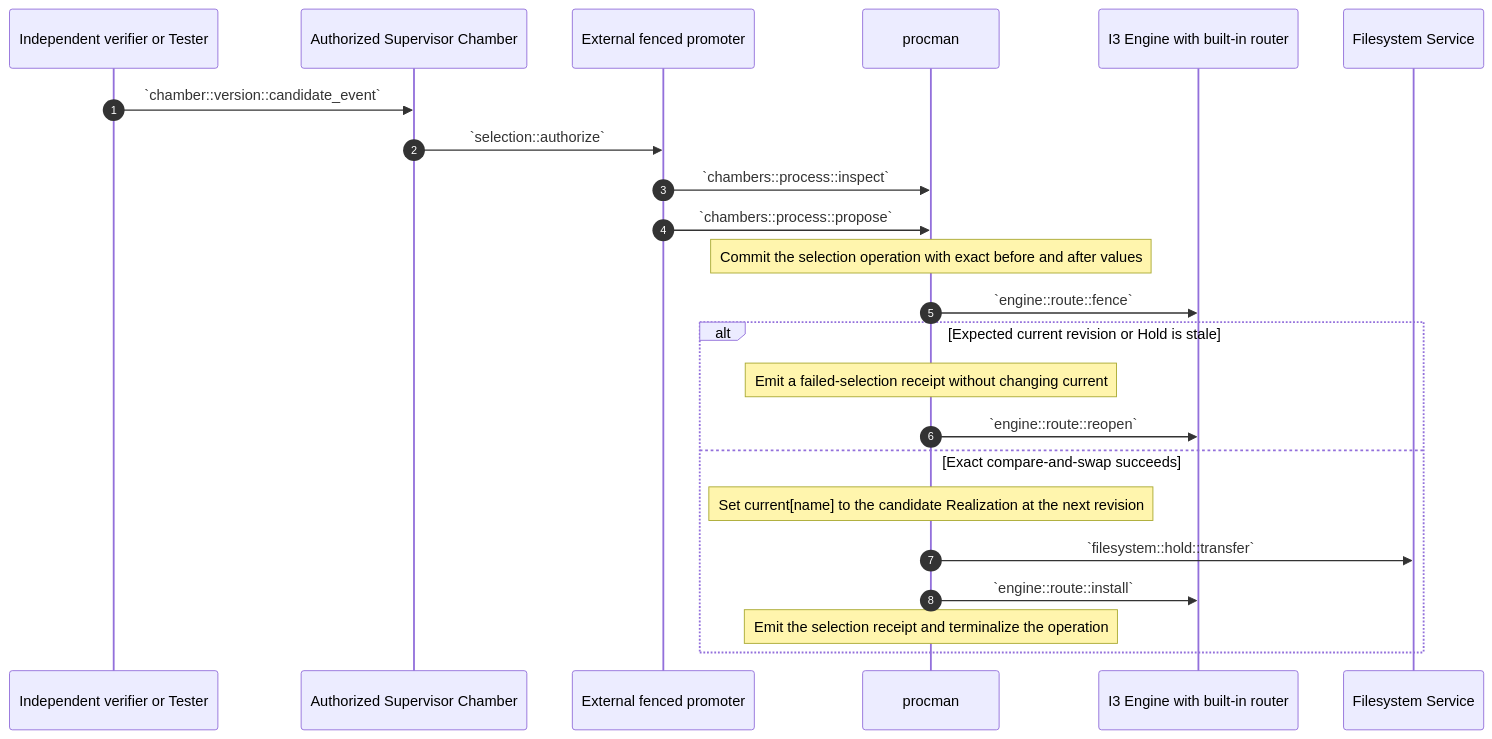
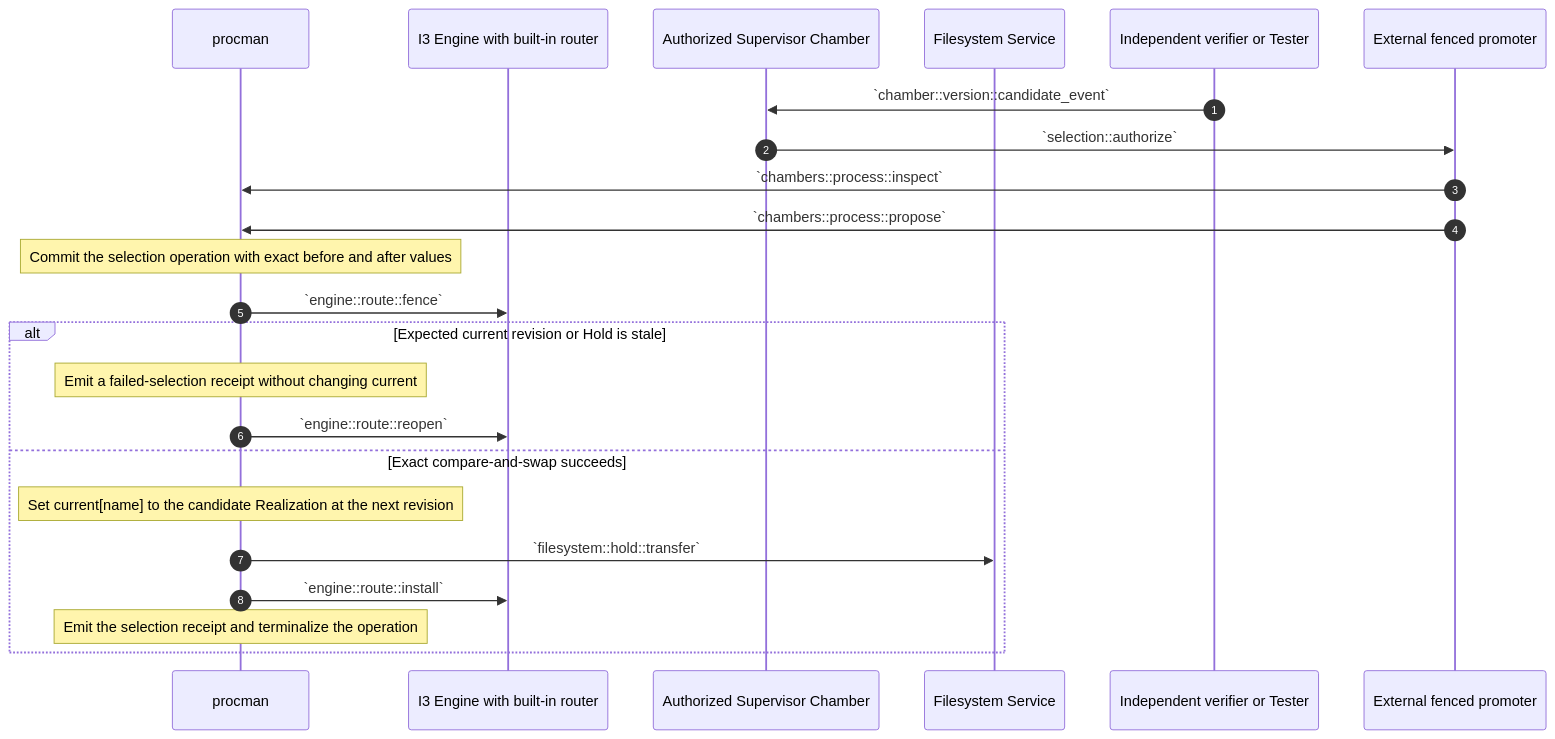
The tenth of 11 diagrams in source/chambers-lifecycle-sequences.md (dreamcatcher-tech/chambers-lifecycle-explorer), drawn with Mermaid before and after one commit. The commit also changed other lines of this file and 9 other files, not shown here.

````diff
--- a/source/chambers-lifecycle-sequences.md
+++ b/source/chambers-lifecycle-sequences.md
@@ -842,29 +869,29 @@
 ```mermaid
 sequenceDiagram
     autonumber
-    participant Verifier as Independent verifier or Tester
-    participant Supervisor as Authorized Supervisor Chamber
-    participant Promoter as External fenced promoter
     participant procman
     participant Engine as I3 Engine with built-in router
+    participant Supervisor as Authorized Supervisor Chamber
     participant Filesystem as Filesystem Service
+    participant Verifier as Independent verifier or Tester
+    participant Promoter as External fenced promoter
 
     Verifier->>Supervisor: `chamber::version::candidate_event`
     Supervisor->>Promoter: `selection::authorize`
     Promoter->>procman: `chambers::process::inspect`
     Promoter->>procman: `chambers::process::propose`
 
     Note over procman: Commit the selection operation with exact before and after values
     procman->>Engine: `engine::route::fence`
 
     alt Expected current revision or Hold is stale
         Note over procman: Emit a failed-selection receipt without changing current
         procman->>Engine: `engine::route::reopen`
     else Exact compare-and-swap succeeds
         Note over procman: Set current[name] to the candidate Realization at the next revision
         procman->>Filesystem: `filesystem::hold::transfer`
         procman->>Engine: `engine::route::install`
         Note over procman: Emit the selection receipt and terminalize the operation
     end
 
 ```
````
